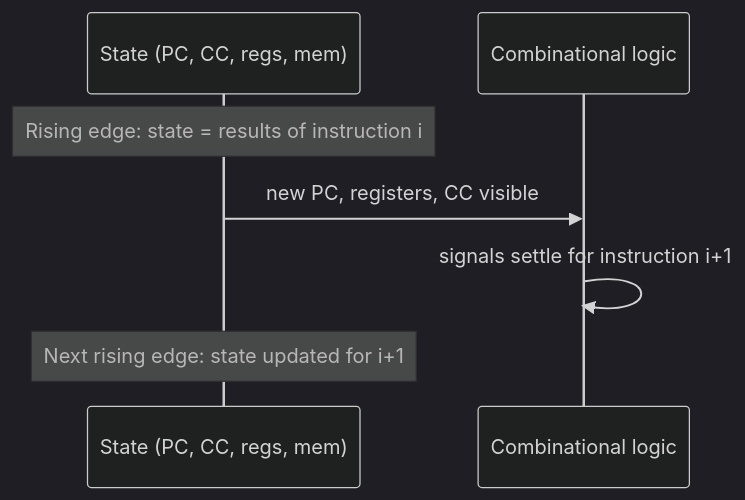
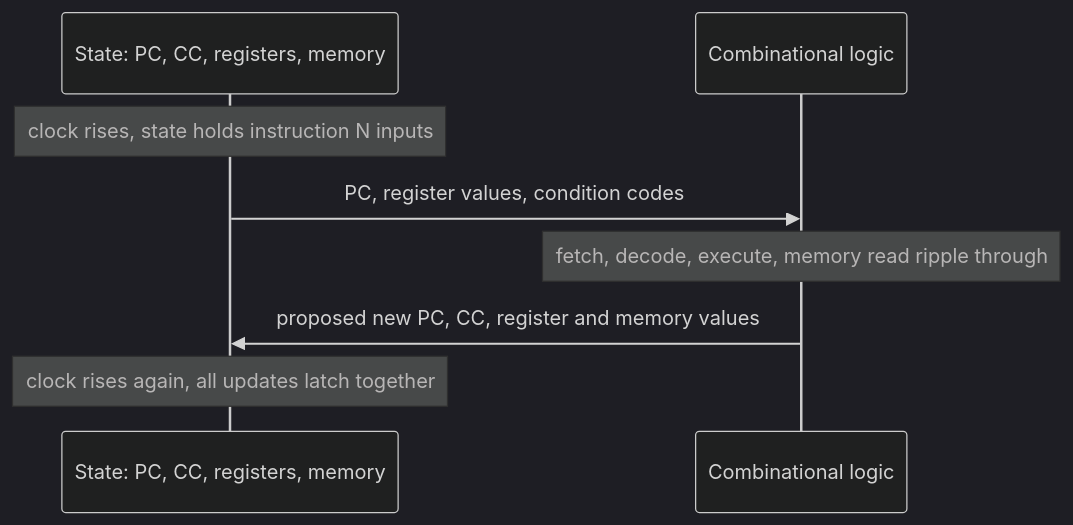
The third of 3 diagrams in src/csapp/lessons/12-seq.md (alvinnew100/grand-line-study-guide), drawn with Mermaid (dark theme) before and after one commit. The commit also changed other lines of this file and 47 other files, not shown here.

````diff
--- a/src/csapp/lessons/12-seq.md
+++ b/src/csapp/lessons/12-seq.md
@@ -165,9 +314,10 @@
 ```mermaid
 sequenceDiagram
-  participant S as State (PC, CC, regs, mem)
-  participant C as Combinational logic
-  Note over S: Rising edge: state = results of instruction i
-  S->>C: new PC, registers, CC visible
-  C->>C: signals settle for instruction i+1
-  Note over S: Next rising edge: state updated for i+1
+    participant S as State: PC, CC, registers, memory
+    participant L as Combinational logic
+    Note over S: clock rises, state holds instruction N inputs
+    S->>L: PC, register values, condition codes
+    Note over L: fetch, decode, execute, memory read ripple through
+    L->>S: proposed new PC, CC, register and memory values
+    Note over S: clock rises again, all updates latch together
 ```
````
